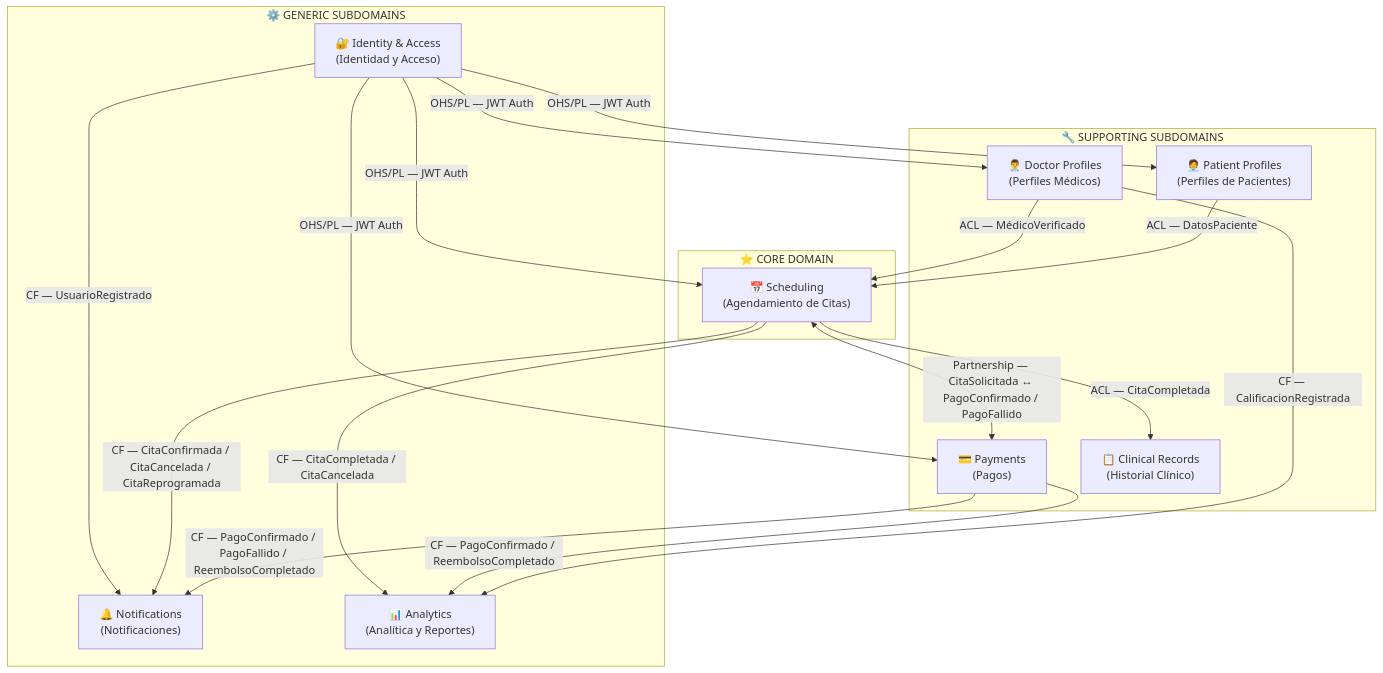
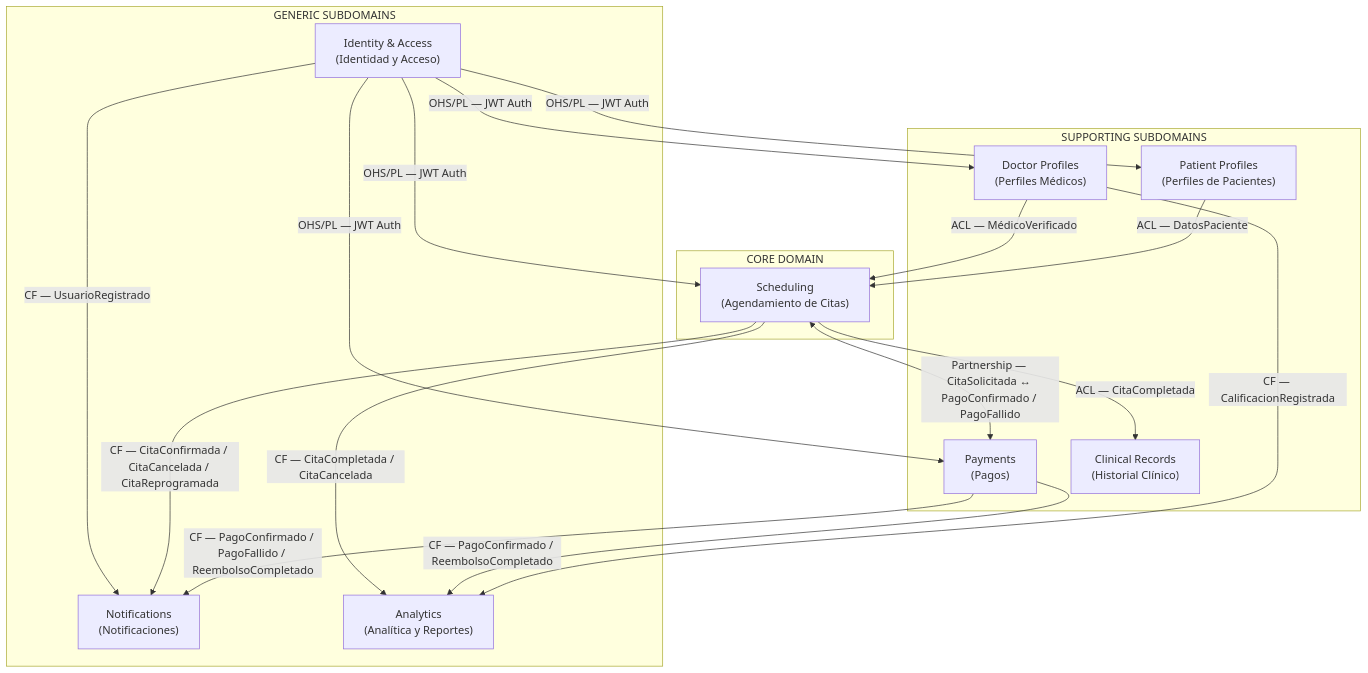
The diagram in diagrams/02-bounded-context-map.md (Isabelpp1/Healthcare-scheduling-system-Proyect-IS-), drawn with Mermaid before and after one commit. The commit also changed other lines of this file and 1 other file, not shown here.

````diff
--- a/diagrams/02-bounded-context-map.md
+++ b/diagrams/02-bounded-context-map.md
@@ -9,45 +9,45 @@
 ```mermaid
 graph TD
-    subgraph CORE ["⭐ CORE DOMAIN"]
-        SCH["📅 Scheduling\n(Agendamiento de Citas)"]
+    subgraph CORE ["CORE DOMAIN"]
+        SCH[" Scheduling\n(Agendamiento de Citas)"]
     end
 
-    subgraph SUPPORT ["🔧 SUPPORTING SUBDOMAINS"]
-        DP["👨‍⚕️ Doctor Profiles\n(Perfiles Médicos)"]
-        PP["🧑‍💼 Patient Profiles\n(Perfiles de Pacientes)"]
-        PAY["💳 Payments\n(Pagos)"]
-        CR["📋 Clinical Records\n(Historial Clínico)"]
+    subgraph SUPPORT [" SUPPORTING SUBDOMAINS"]
+        DP[" Doctor Profiles\n(Perfiles Médicos)"]
+        PP["Patient Profiles\n(Perfiles de Pacientes)"]
+        PAY["Payments\n(Pagos)"]
+        CR["Clinical Records\n(Historial Clínico)"]
     end
 
-    subgraph GENERIC ["⚙️ GENERIC SUBDOMAINS"]
-        IAM["🔐 Identity & Access\n(Identidad y Acceso)"]
-        NOT["🔔 Notifications\n(Notificaciones)"]
-        ANA["📊 Analytics\n(Analítica y Reportes)"]
+    subgraph GENERIC [" GENERIC SUBDOMAINS"]
+        IAM[" Identity & Access\n(Identidad y Acceso)"]
+        NOT[" Notifications\n(Notificaciones)"]
+        ANA[" Analytics\n(Analítica y Reportes)"]
     end
 
     %% Identity → todos (OHS/PL)
     IAM -->|"OHS/PL — JWT Auth"| DP
     IAM -->|"OHS/PL — JWT Auth"| PP
     IAM -->|"OHS/PL — JWT Auth"| SCH
     IAM -->|"OHS/PL — JWT Auth"| PAY
     IAM -->|"CF — UsuarioRegistrado"| NOT
 
     %% Supporting → Core
     DP -->|"ACL — MédicoVerificado"| SCH
     PP -->|"ACL — DatosPaciente"| SCH
 
     %% Core ↔ Payments (Partnership)
     SCH <-->|"Partnership — CitaSolicitada ↔ PagoConfirmado / PagoFallido"| PAY
 
     %% Core → downstream
     SCH -->|"ACL — CitaCompletada"| CR
     SCH -->|"CF — CitaConfirmada / CitaCancelada / CitaReprogramada"| NOT
     SCH -->|"CF — CitaCompletada / CitaCancelada"| ANA
 
     %% Payments → downstream
     PAY -->|"CF — PagoConfirmado / PagoFallido / ReembolsoCompletado"| NOT
     PAY -->|"CF — PagoConfirmado / ReembolsoCompletado"| ANA
 
     %% Doctor Profiles → Analytics
     DP -->|"CF — CalificacionRegistrada"| ANA
 ```
````
